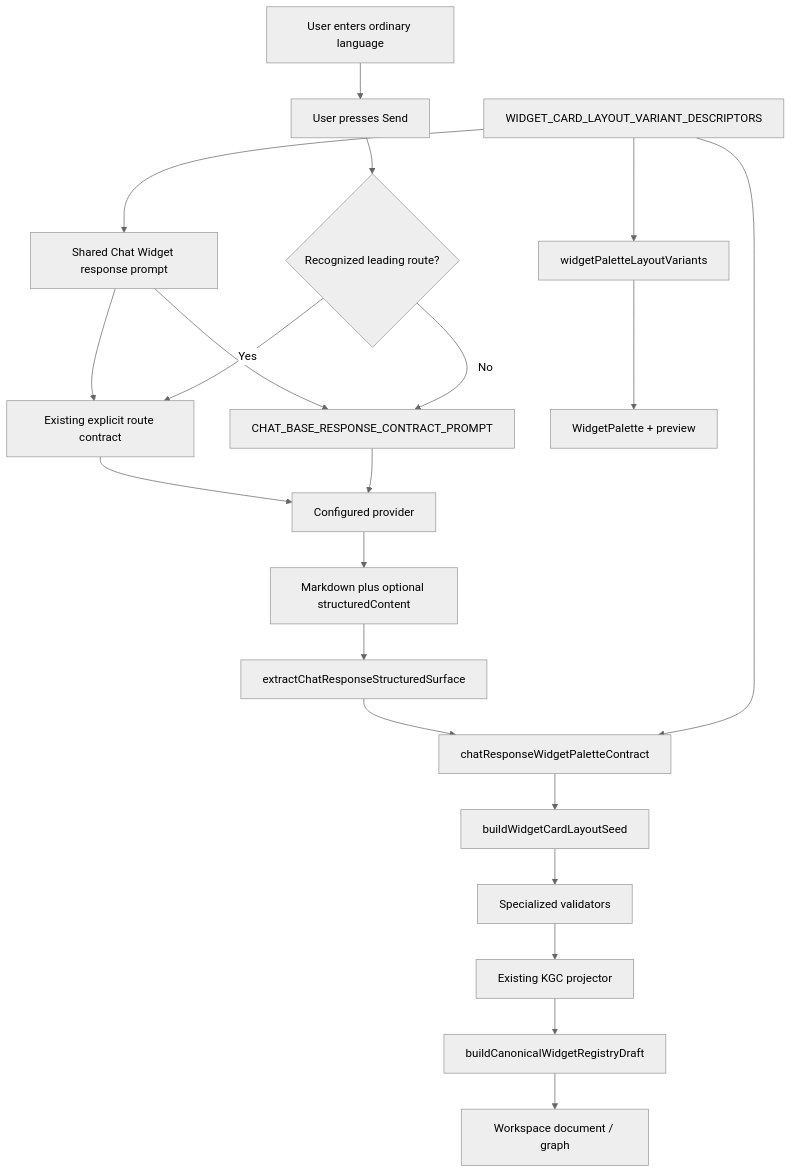
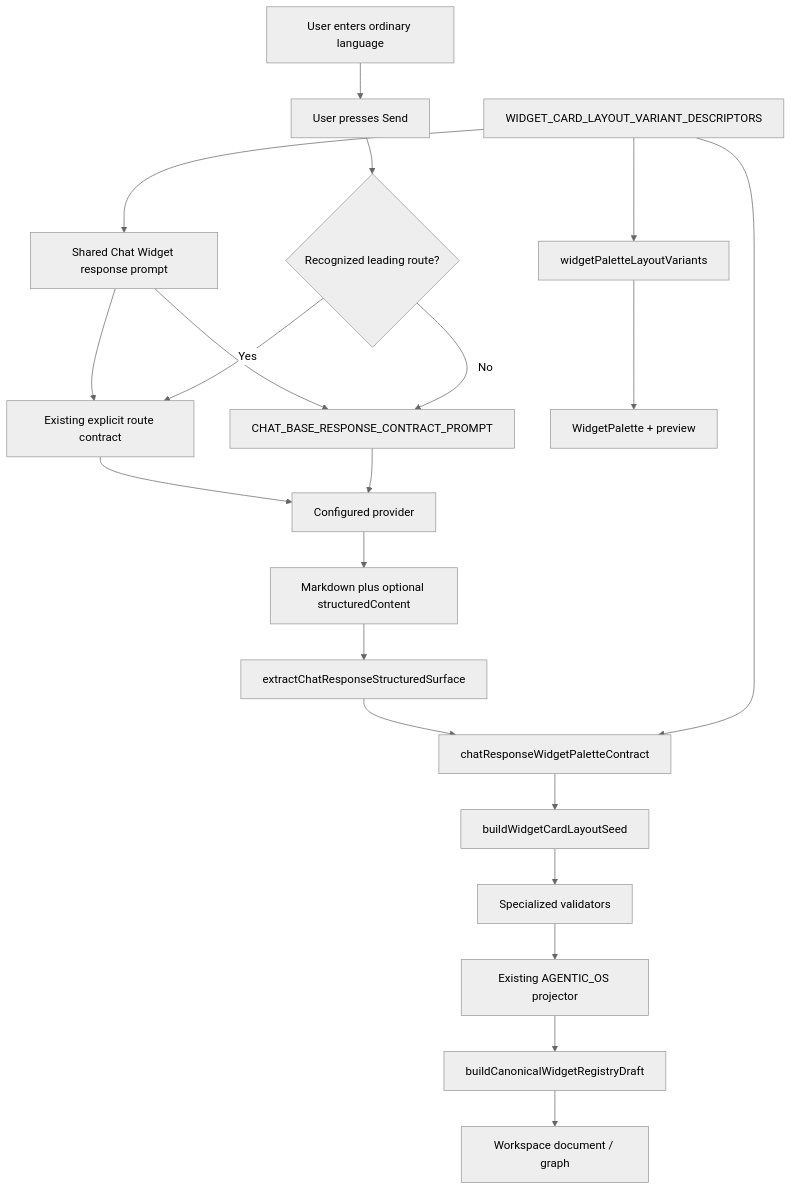
The diagram in .kiro/specs/chat-natural-language-invocation/design.md (huijoohwee/agentic-graph), drawn with Mermaid (neutral theme) before and after one commit. The commit also changed other lines of this file and 599 other files, not shown here.

````diff
--- a/.kiro/specs/chat-natural-language-invocation/design.md
+++ b/.kiro/specs/chat-natural-language-invocation/design.md
@@ -108,25 +108,25 @@
 ```mermaid
 flowchart TD
     U["User enters ordinary language"] --> S["User presses Send"]
     S --> R{"Recognized leading route?"}
     R -- "No" --> P["CHAT_BASE_RESPONSE_CONTRACT_PROMPT"]
     R -- "Yes" --> X["Existing explicit route contract"]
 
     D["WIDGET_CARD_LAYOUT_VARIANT_DESCRIPTORS"] --> WP["widgetPaletteLayoutVariants"]
     WP --> UI["WidgetPalette + preview"]
     D --> CP["Shared Chat Widget response prompt"]
     CP --> P
     CP --> X
 
     P --> LLM["Configured provider"]
     X --> LLM
     LLM --> A["Markdown plus optional structuredContent"]
     A --> E["extractChatResponseStructuredSurface"]
     D --> CA["chatResponseWidgetPaletteContract"]
     E --> CA
     CA --> SEED["buildWidgetCardLayoutSeed"]
     SEED --> SPECIAL["Specialized validators"]
-    SPECIAL --> PROJECT["Existing KGC projector"]
+    SPECIAL --> PROJECT["Existing AGENTIC_OS projector"]
     PROJECT --> REG["buildCanonicalWidgetRegistryDraft"]
     REG --> DOC["Workspace document / graph"]
 ```
````
